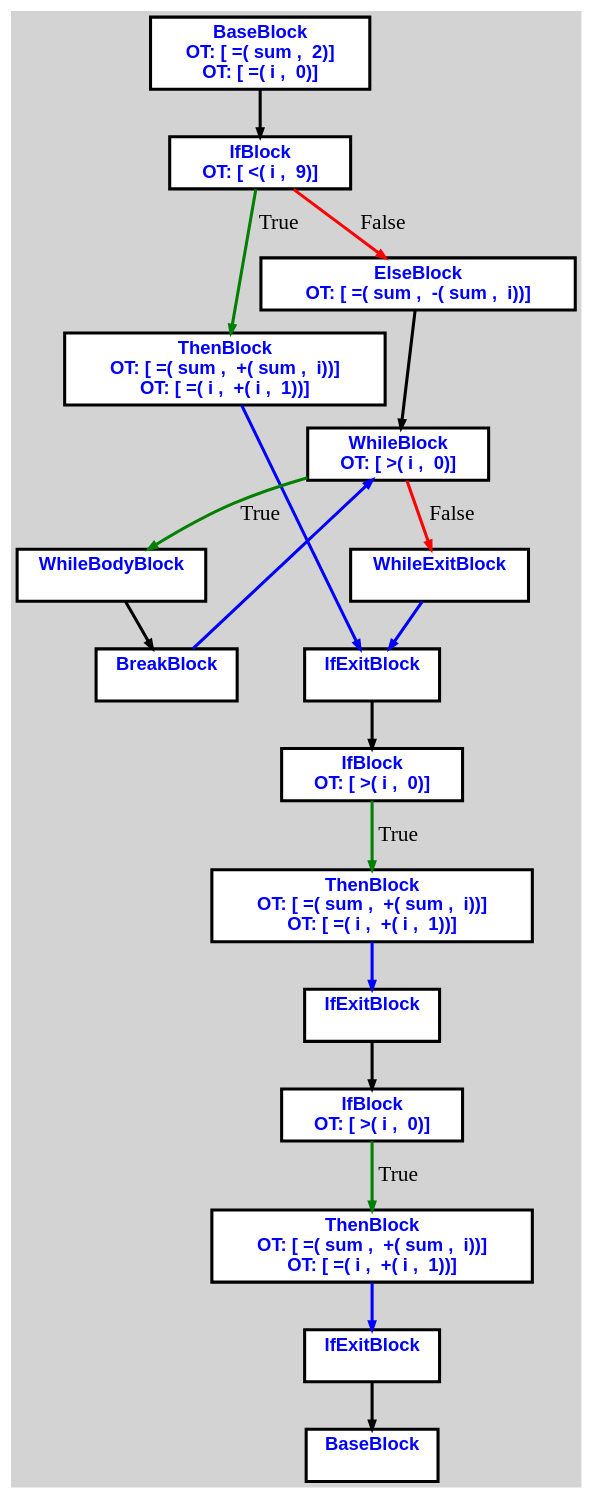
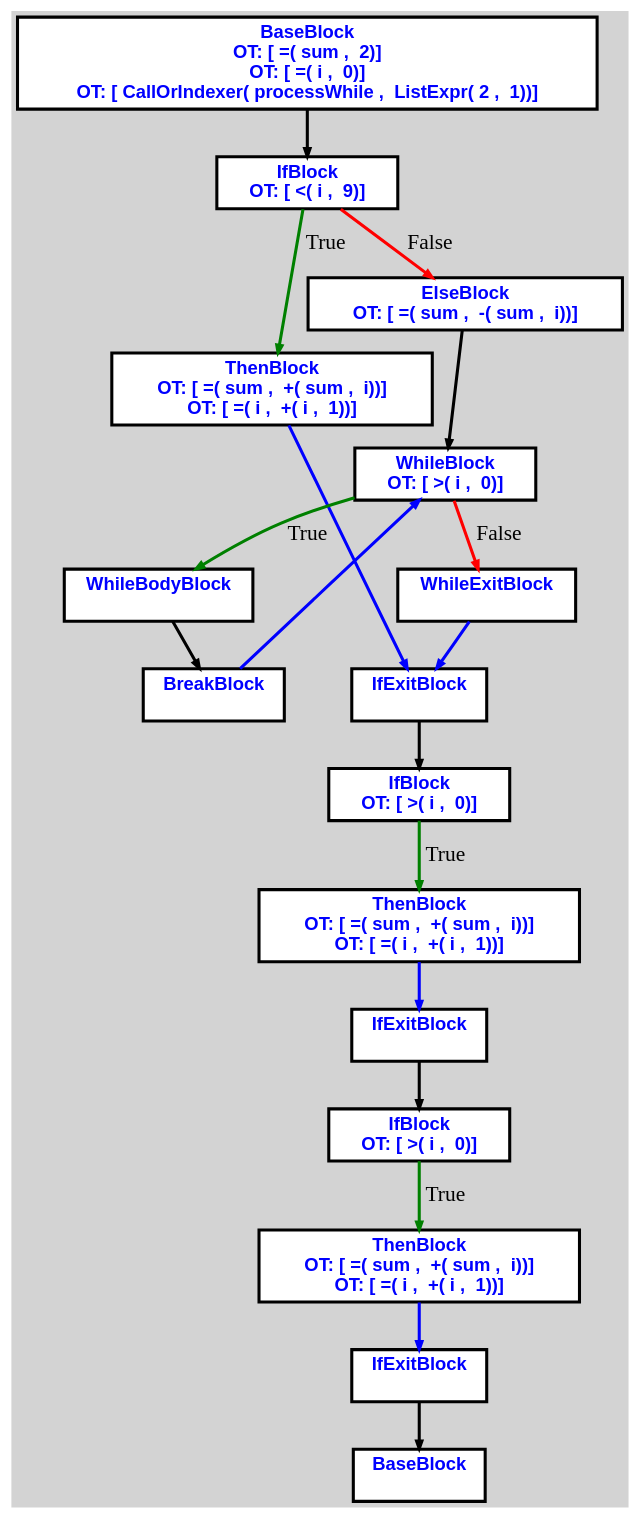
Before and after one commit to aveen007/CountingMonkeys: the diagram in cpoCompilerWin/cfgi0.dot, drawn with Graphviz. The commit also changed 14 other files, not shown here.

```diff
--- a/cpoCompilerWin/cfgi0.dot
+++ b/cpoCompilerWin/cfgi0.dot
@@ -1,53 +1,54 @@
 digraph G {
 ordering=out;
 ranksep=.4;
 bgcolor="lightgrey";  node [shape=box, fixedsize=false, fontsize=12, fontname="Helvetica-bold", fontcolor="blue"
 width=.25, height=.25, color="black", fillcolor="white", style="filled, solid, bold"];
 
-edge [arrowsize=.5, color="black", style="bold"]    n000011984D7A3090 [label="BaseBlock\n OT: [ =( sum ,  2)]
+edge [arrowsize=.5, color="black", style="bold"]    n000012B83FEA34D0 [label="BaseBlock\n OT: [ =( sum ,  2)]
 OT: [ =( i ,  0)]
+OT: [ CallOrIndexer( processWhile ,  ListExpr( 2 ,  1))]
 "]
-    n000011984D7A3150 [label="IfBlock\n OT: [ <( i ,  9)]
+    n000012B83FEA35D0 [label="IfBlock\n OT: [ <( i ,  9)]
 "]
-    n000011984D7A3090 -> n000011984D7A3150
-    n000011984D7A3150 -> n000011984D7A3190 [label="True" color="green"]
-    n000011984D7A3190 [label="ThenBlock\n OT: [ =( sum ,  +( sum ,  i))]
+    n000012B83FEA34D0 -> n000012B83FEA35D0
+    n000012B83FEA35D0 -> n000012B83FEA3610 [label="True" color="green"]
+    n000012B83FEA3610 [label="ThenBlock\n OT: [ =( sum ,  +( sum ,  i))]
 OT: [ =( i ,  +( i ,  1))]
 "]
-    n000011984D7A3150 -> n000011984D7A31D0 [label="False" color="red"]
-    n000011984D7A31D0 [label="ElseBlock\n OT: [ =( sum ,  -( sum ,  i))]
+    n000012B83FEA35D0 -> n000012B83FEA3650 [label="False" color="red"]
+    n000012B83FEA3650 [label="ElseBlock\n OT: [ =( sum ,  -( sum ,  i))]
 "]
-    n000011984D7A3210 [label="WhileBlock\n OT: [ >( i ,  0)]
+    n000012B83FEA3690 [label="WhileBlock\n OT: [ >( i ,  0)]
 "]
-    n000011984D7A31D0 -> n000011984D7A3210
-	   n000011984D7A3210 -> n000011984D7A3250 [ label = "True" color="green"]
-    n000011984D7A3250 [label="WhileBodyBlock\n "]
-    n000011984D7A3290 [label="BreakBlock\n "]
-    n000011984D7A3250 -> n000011984D7A3290
-    n000011984D7A3290 -> n000011984D7A3210 [ color="blue"]
-	   n000011984D7A3210 -> n000011984D7A33D0 [ label = "False" color="red"]
-    n000011984D7A33D0 [label="WhileExitBlock\n "]
-    n000011984D7A33D0 -> n000011984D7A3410 [color="blue"]
-    n000011984D7A3190 -> n000011984D7A3410 [ color="blue"]
-    n000011984D7A3410 [label="IfExitBlock\n "]
-    n000011984D7A3450 [label="IfBlock\n OT: [ >( i ,  0)]
+    n000012B83FEA3650 -> n000012B83FEA3690
+	   n000012B83FEA3690 -> n000012B83FEA36D0 [ label = "True" color="green"]
+    n000012B83FEA36D0 [label="WhileBodyBlock\n "]
+    n000012B83FEA3710 [label="BreakBlock\n "]
+    n000012B83FEA36D0 -> n000012B83FEA3710
+    n000012B83FEA3710 -> n000012B83FEA3690 [ color="blue"]
+	   n000012B83FEA3690 -> n000012B83FEA3850 [ label = "False" color="red"]
+    n000012B83FEA3850 [label="WhileExitBlock\n "]
+    n000012B83FEA3850 -> n000012B83FEA3890 [color="blue"]
+    n000012B83FEA3610 -> n000012B83FEA3890 [ color="blue"]
+    n000012B83FEA3890 [label="IfExitBlock\n "]
+    n000012B83FEA38D0 [label="IfBlock\n OT: [ >( i ,  0)]
 "]
-    n000011984D7A3410 -> n000011984D7A3450
-    n000011984D7A3450 -> n000011984D7A3490 [label="True" color="green"]
-    n000011984D7A3490 [label="ThenBlock\n OT: [ =( sum ,  +( sum ,  i))]
+    n000012B83FEA3890 -> n000012B83FEA38D0
+    n000012B83FEA38D0 -> n000012B83FEA3910 [label="True" color="green"]
+    n000012B83FEA3910 [label="ThenBlock\n OT: [ =( sum ,  +( sum ,  i))]
 OT: [ =( i ,  +( i ,  1))]
 "]
-    n000011984D7A3490 -> n000011984D7A34D0 [ color="blue"]
-    n000011984D7A34D0 [label="IfExitBlock\n "]
-    n000011984D7A3510 [label="IfBlock\n OT: [ >( i ,  0)]
+    n000012B83FEA3910 -> n000012B83FEA3950 [ color="blue"]
+    n000012B83FEA3950 [label="IfExitBlock\n "]
+    n000012B83FEA3990 [label="IfBlock\n OT: [ >( i ,  0)]
 "]
-    n000011984D7A34D0 -> n000011984D7A3510
-    n000011984D7A3510 -> n000011984D7A3550 [label="True" color="green"]
-    n000011984D7A3550 [label="ThenBlock\n OT: [ =( sum ,  +( sum ,  i))]
+    n000012B83FEA3950 -> n000012B83FEA3990
+    n000012B83FEA3990 -> n000012B83FEA39D0 [label="True" color="green"]
+    n000012B83FEA39D0 [label="ThenBlock\n OT: [ =( sum ,  +( sum ,  i))]
 OT: [ =( i ,  +( i ,  1))]
 "]
-    n000011984D7A3550 -> n000011984D7A3590 [ color="blue"]
-    n000011984D7A3590 [label="IfExitBlock\n "]
-    n000011984D7A35D0 [label="BaseBlock\n "]
-    n000011984D7A3590 -> n000011984D7A35D0
+    n000012B83FEA39D0 -> n000012B83FEA3A10 [ color="blue"]
+    n000012B83FEA3A10 [label="IfExitBlock\n "]
+    n000012B83FEA3A50 [label="BaseBlock\n "]
+    n000012B83FEA3A10 -> n000012B83FEA3A50
 }
```
